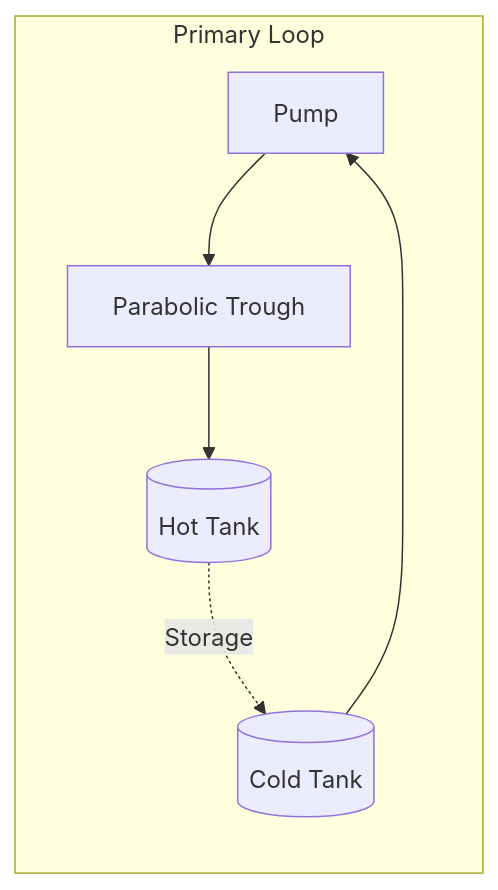
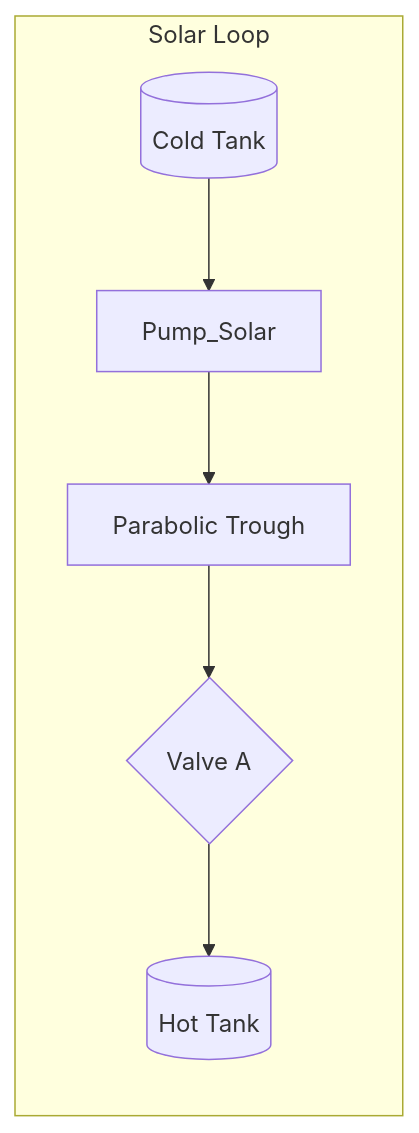
The ninth of 14 diagrams in insumos paper/SYSTEM_LAYOUTS.md (iwolde/pbtes-sim), drawn with Mermaid before and after one commit. The commit also changed other lines of this file, not shown here.

Commit message:
docs: Rewrite Direct Parallel diagrams for physically logical 2-tank decouple system

````diff
--- a/insumos paper/SYSTEM_LAYOUTS.md
+++ b/insumos paper/SYSTEM_LAYOUTS.md
@@ -208,9 +219,9 @@
 ```mermaid
 graph LR
-    subgraph Primary Loop
-        Pump --> PTC[Parabolic Trough]
-        PTC --> HT[(Hot Tank)]
-        HT -.->|Storage| CT[(Cold Tank)]
-        CT --> Pump
+    subgraph Solar Loop
+        CT[(Cold Tank)] --> Pump_Solar
+        Pump_Solar --> PTC[Parabolic Trough]
+        PTC --> Valve_A{Valve A}
+        Valve_A --> HT[(Hot Tank)]
     end
 ```
````
